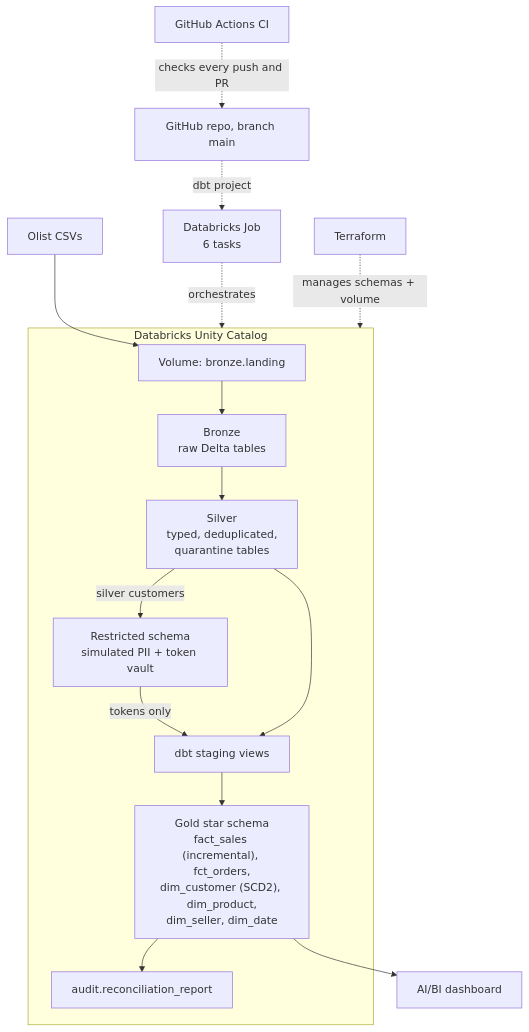
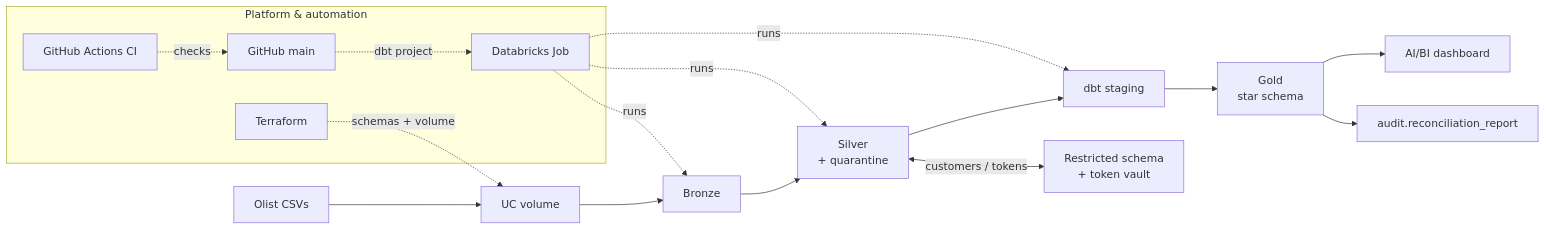
One commit to sushii-code/azure-lakehouse-sales changed the diagram in README.md. Above: the diagram before and after it, drawn with Mermaid.

Commit message:
README: left-to-right architecture diagram with data flow first

````diff
--- a/README.md
+++ b/README.md
@@ -15,21 +15,17 @@
 ```mermaid
-flowchart TD
-    csv["Olist CSVs"] --> volume
+flowchart LR
+    csv["Olist CSVs"] --> volume["UC volume"] --> bronze["Bronze"] --> silver["Silver<br/>+ quarantine"] --> staging["dbt staging"] --> gold["Gold<br/>star schema"] --> dashboard["AI/BI dashboard"]
+    gold --> audit["audit.reconciliation_report"]
+    silver <-->|"customers / tokens"| restricted["Restricted schema<br/>+ token vault"]
 
-    subgraph uc["Databricks Unity Catalog"]
-        volume["Volume: bronze.landing"] --> bronze["Bronze<br/>raw Delta tables"]
-        bronze --> silver["Silver<br/>typed, deduplicated,<br/>quarantine tables"]
-        silver -->|"silver customers"| restricted["Restricted schema<br/>simulated PII + token vault"]
-        restricted -->|"tokens only"| staging
-        silver --> staging["dbt staging views"]
-        staging --> gold["Gold star schema<br/>fact_sales (incremental), fct_orders,<br/>dim_customer (SCD2), dim_product,<br/>dim_seller, dim_date"]
-        gold --> audit["audit.reconciliation_report"]
+    subgraph platform["Platform & automation"]
+        ci["GitHub Actions CI"] -.->|"checks"| repo["GitHub main"]
+        repo -.->|"dbt project"| job["Databricks Job"]
+        terraform["Terraform"]
     end
 
-    gold --> dashboard["AI/BI dashboard"]
-
-    job["Databricks Job<br/>6 tasks"] -.->|"orchestrates"| uc
-    terraform["Terraform"] -.->|"manages schemas + volume"| uc
-    repo["GitHub repo, branch main"] -.->|"dbt project"| job
-    ci["GitHub Actions CI"] -.->|"checks every push and PR"| repo
+    job -.->|"runs"| bronze
+    job -.->|"runs"| silver
+    job -.->|"runs"| staging
+    terraform -.->|"schemas + volume"| volume
 ```
````
